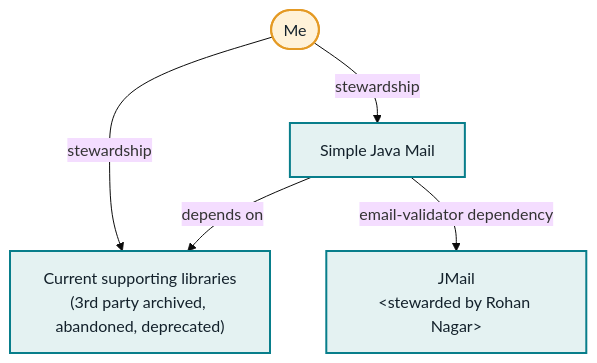
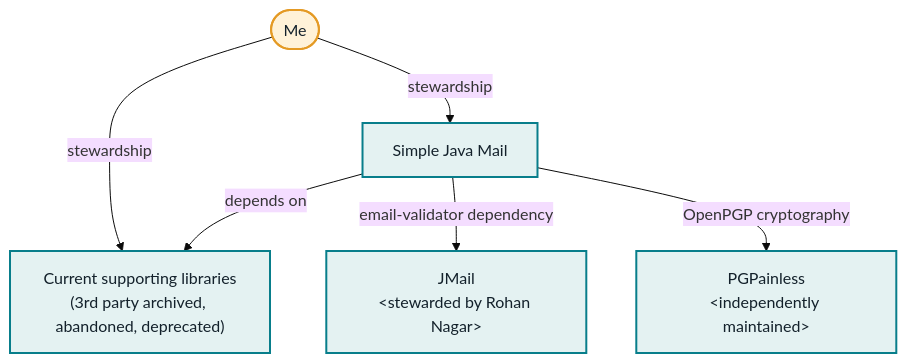
Diagram 11 of 11 in src/journal/2026-09-02-the-libraries-behind-simple-java-mail.md (simple-java-mail/simplejavamail.org), drawn with Mermaid (base theme) before and after one commit. The commit also changed other lines of this file and 3 other files, not shown here.

First line of the commit message:
docs(journal): update SJM 10 release stories (#699, #704, #763, #961)

````diff
--- a/src/journal/2026-09-02-the-libraries-behind-simple-java-mail.md
+++ b/src/journal/2026-09-02-the-libraries-behind-simple-java-mail.md
@@ -314,20 +334,22 @@
 ```mermaid
 flowchart
     accTitle: The dependency and maintenance graphs now agree
-    accDescr: I directly steward Simple Java Mail and its current supporting-library family. Their original sources and upstreams are now provenance rather than release dependencies. Simple Java Mail also depends on JMail, which is actively stewarded by Rohan Nagar.
+    accDescr: I directly steward Simple Java Mail and its current supporting-library family. Their original sources and upstreams are now provenance rather than release dependencies. Simple Java Mail also depends on JMail, actively stewarded by Rohan Nagar, and on independently maintained PGPainless.
 
     me(["Me"])
     sjm["Simple Java Mail"]
     family["Current supporting libraries<br>(3rd party archived, abandoned, deprecated)"]
     jmail["JMail<br/>&lt;stewarded by Rohan Nagar&gt;"]
+    pgpainless["PGPainless<br/>&lt;independently maintained&gt;"]
 
     me -->|stewardship| sjm
     me -->|stewardship| family
     sjm -->|depends on| family
     sjm -->|email-validator dependency| jmail
+    sjm -->|OpenPGP cryptography| pgpainless
 
     classDef person fill:#FFF2D8,stroke:#E49A24,color:#13212B,stroke-width:2px;
     classDef library fill:#E4F2F2,stroke:#087E8B,color:#13212B,stroke-width:2px;
     class me person;
-    class sjm,family,jmail library;
+    class sjm,family,jmail,pgpainless library;
 ```
````
